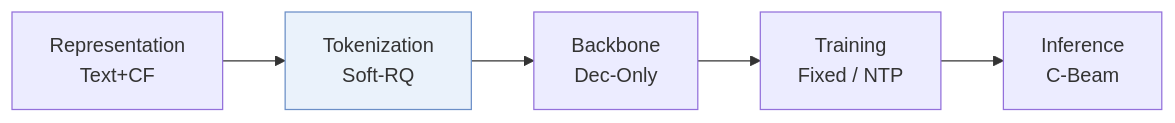
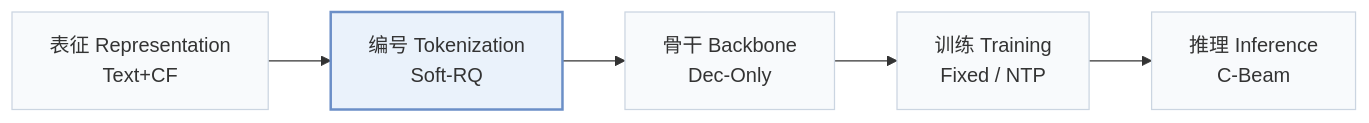
Before and after one commit to Galaxy-ghost/Awesome-SID-Generative-Rec: the first of 2 diagrams in pages/zh/papers/capsid.md, drawn with Mermaid. The commit also changed other lines of this file and 649 other files, not shown here.

Commit message:
writer-05: also tags and modality index (schema, check, build, visuals); summary field removed; calibration data for 12 papers

````diff
--- a/pages/zh/papers/capsid.md
+++ b/pages/zh/papers/capsid.md
@@ -13,6 +15,8 @@
 ```mermaid
 flowchart LR
-    R["Representation<br/>Text+CF"] --> T["Tokenization<br/>Soft-RQ"] --> B["Backbone<br/>Dec-Only"] --> TR["Training<br/>Fixed / NTP"] --> I["Inference<br/>C-Beam"]
-    classDef main fill:#eaf2fb,stroke:#6b8fc7
+    R["表征 Representation<br/>Text+CF"] --> T["编号 Tokenization<br/>Soft-RQ"] --> B["骨干 Backbone<br/>Dec-Only"] --> TR["训练 Training<br/>Fixed / NTP"] --> I["推理 Inference<br/>C-Beam"]
+    classDef base fill:#f8fafc,stroke:#cbd5e1
+    class R,T,B,TR,I base
+    classDef main fill:#eaf2fb,stroke:#6b8fc7,stroke-width:2px
     class T main
 ```
````
